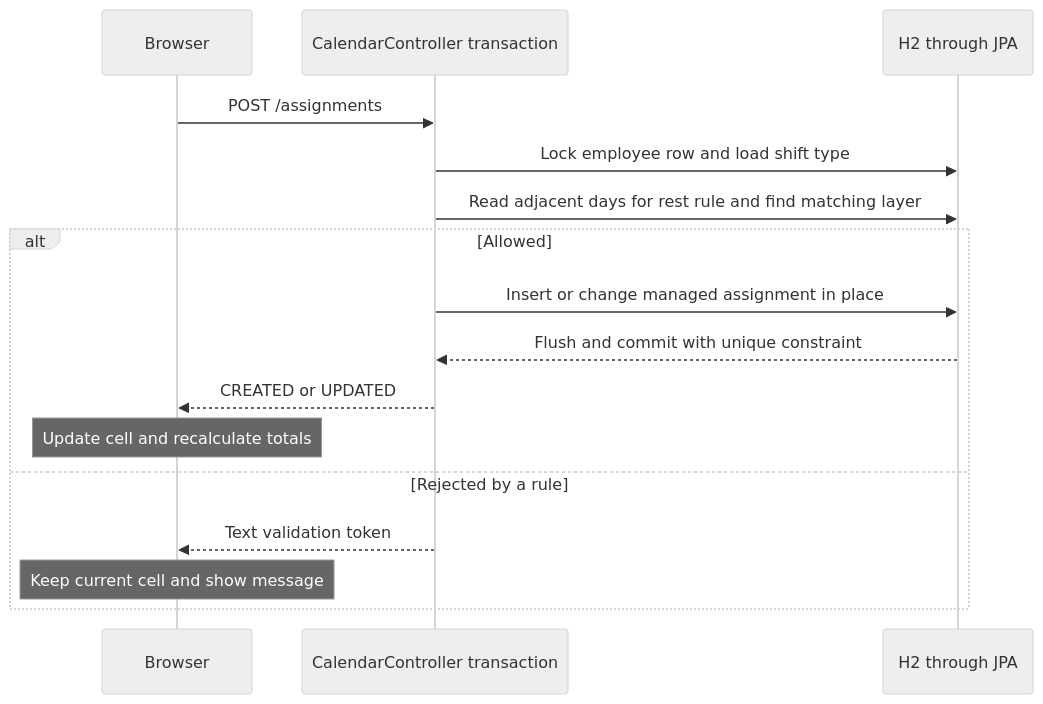
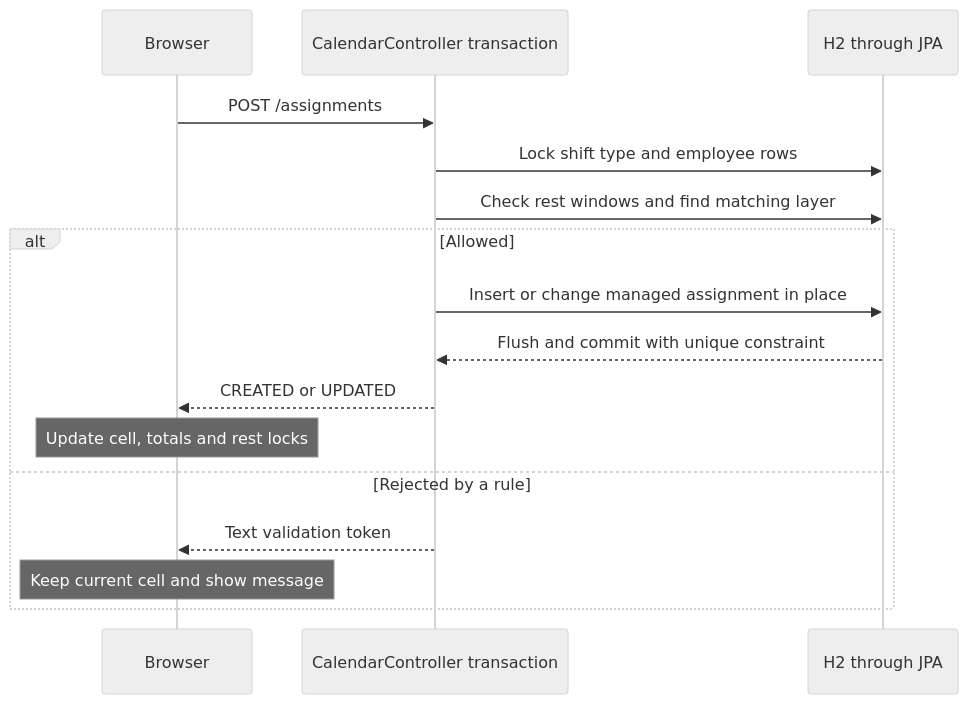
One commit to DavidLeho/scheduler changed the fourth of 4 diagrams in ARCHITECTURE.md. Above: the diagram before and after it, drawn with Mermaid (neutral theme). The commit also changed other lines of this file and 11 other files, not shown here.

Commit message:
feat(scheduling): enforce two rest days after 24-hour shifts

````diff
--- a/ARCHITECTURE.md
+++ b/ARCHITECTURE.md
@@ -162,18 +162,18 @@
 ```mermaid
 sequenceDiagram
     participant B as Browser
     participant C as CalendarController transaction
     participant H as H2 through JPA
     B->>C: POST /assignments
-    C->>H: Lock employee row and load shift type
-    C->>H: Read adjacent days for rest rule and find matching layer
+    C->>H: Lock shift type and employee rows
+    C->>H: Check rest windows and find matching layer
     alt Allowed
         C->>H: Insert or change managed assignment in place
         H-->>C: Flush and commit with unique constraint
         C-->>B: CREATED or UPDATED
-        Note over B: Update cell and recalculate totals
+        Note over B: Update cell, totals and rest locks
     else Rejected by a rule
         C-->>B: Text validation token
         Note over B: Keep current cell and show message
     end
 ```
````
